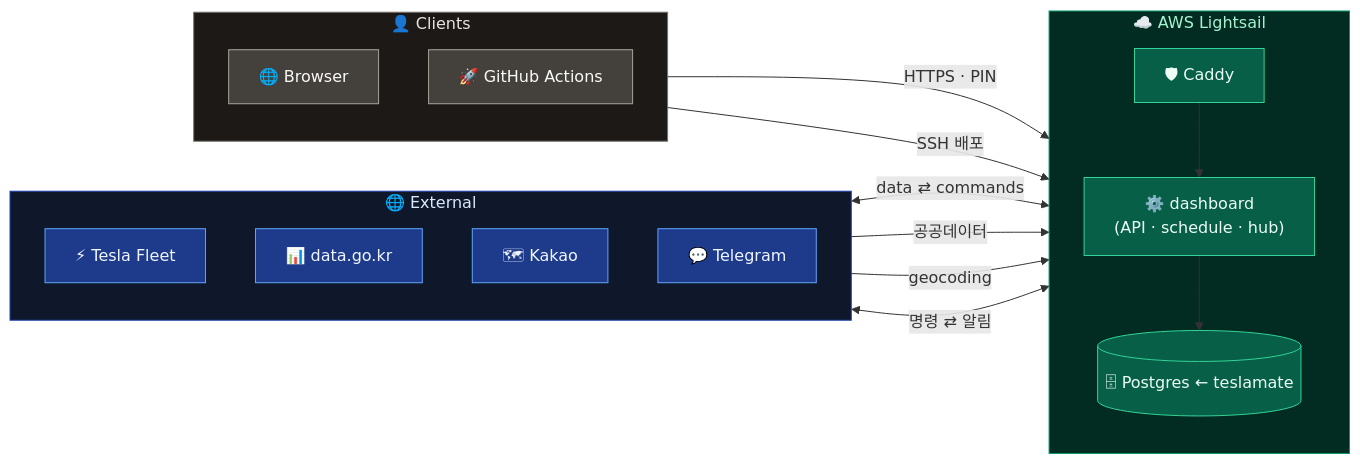
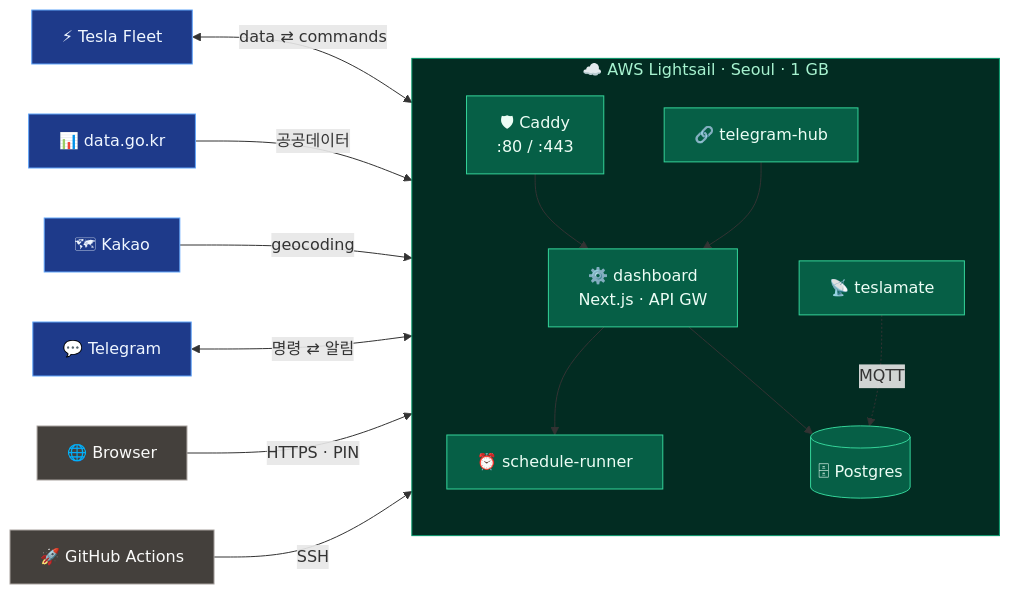
The diagram in README.md (ComMslee/myDash), drawn with Mermaid before and after one commit.

Commit message:
docs(readme): Lightsail 우측 세로 박스 + 좌측 외부/클라이언트 노드 LR
- AWS Lightsail 만 우측에 TB 세로 배치 (모든 내부 워커 가시)
- 좌측: Tesla/Gov/Kakao/TG + Browser/GHA orphan nodes — 화살표가 자연스럽게 우측 LS 로 수렴
- 한 화면 안에 들어오는 가로 비율

````diff
--- a/README.md
+++ b/README.md
@@ -18,41 +18,39 @@
 ```mermaid
 flowchart LR
-    subgraph EXT["🌐 External"]
+    Tesla["⚡ Tesla Fleet"]
+    Gov["📊 data.go.kr"]
+    Kakao["🗺 Kakao"]
+    TG["💬 Telegram"]
+    Browser["🌐 Browser"]
+    GHA["🚀 GitHub Actions"]
+
+    subgraph LS["☁️ AWS Lightsail · Seoul · 1 GB"]
         direction TB
-        Tesla["⚡ Tesla Fleet"]
-        Gov["📊 data.go.kr"]
-        Kakao["🗺 Kakao"]
-        TG["💬 Telegram"]
+        Caddy["🛡 Caddy<br/>:80 / :443"]
+        Dashboard["⚙️ dashboard<br/>Next.js · API GW"]
+        Scheduler["⏰ schedule-runner"]
+        Hub["🔗 telegram-hub"]
+        TM["📡 teslamate"]
+        DB[("🗄 Postgres")]
+        Caddy --> Dashboard
+        Dashboard --> Scheduler
+        Hub --> Dashboard
+        Dashboard --> DB
+        TM -. MQTT .-> DB
     end
 
-    subgraph LS["☁️ AWS Lightsail"]
-        direction TB
-        Caddy["🛡 Caddy"]
-        Dashboard["⚙️ dashboard<br/>(API · schedule · hub)"]
-        DB[("🗄 Postgres ← teslamate")]
-        Caddy --> Dashboard --> DB
-    end
-
-    subgraph CLI["👤 Clients"]
-        direction TB
-        Browser["🌐 Browser"]
-        GHA["🚀 GitHub Actions"]
-    end
-
-    Tesla <-->|"data ⇄ commands"| Dashboard
-    Gov -->|"공공데이터"| Dashboard
-    Kakao -->|"geocoding"| Dashboard
-    TG <-->|"명령 ⇄ 알림"| Dashboard
+    Tesla   <-->|"data ⇄ commands"| Dashboard
+    Gov     -->|"공공데이터"| Dashboard
+    Kakao   -->|"geocoding"| Dashboard
+    TG      <-->|"명령 ⇄ 알림"| Hub
     Browser -->|"HTTPS · PIN"| Caddy
-    GHA -->|"SSH 배포"| Caddy
+    GHA     -->|"SSH"| Caddy
 
     classDef ext fill:#1e3a8a,stroke:#60a5fa,color:#eff6ff
     classDef ls fill:#065f46,stroke:#34d399,color:#ecfdf5
     classDef cli fill:#44403c,stroke:#a8a29e,color:#fafaf9
     class Tesla,Gov,Kakao,TG ext
-    class Caddy,Dashboard,DB ls
+    class Caddy,Dashboard,Scheduler,Hub,TM,DB ls
     class Browser,GHA cli
-    style EXT fill:#0f172a,stroke:#1e40af,color:#dbeafe
     style LS fill:#022c22,stroke:#059669,color:#a7f3d0
-    style CLI fill:#1c1917,stroke:#78716c,color:#e7e5e4
 ```
````
